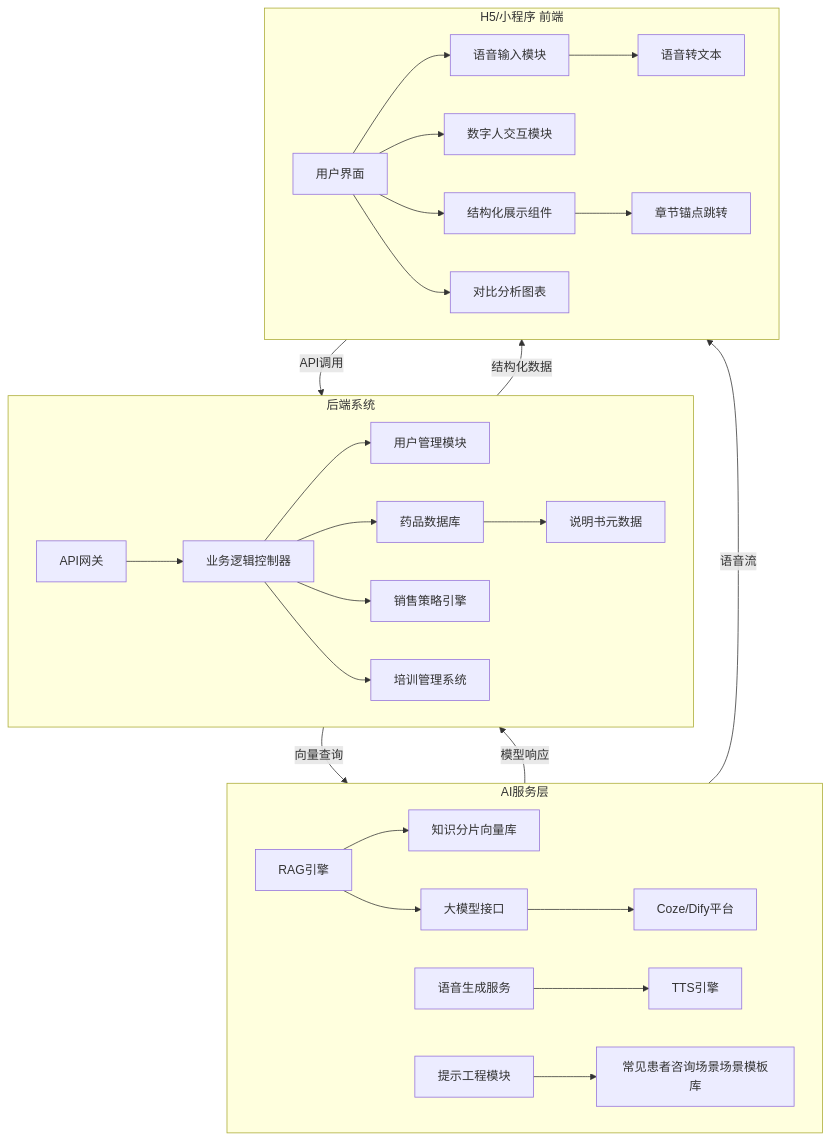
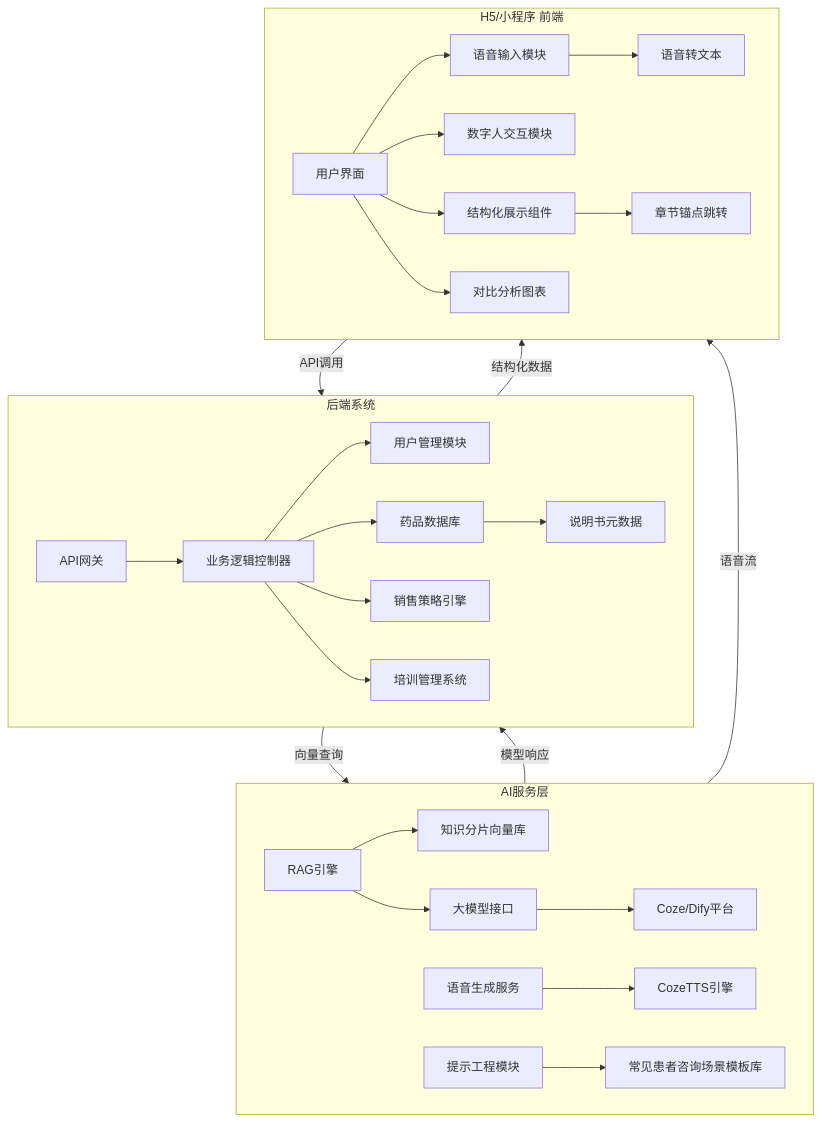
Before and after one commit to funnyData/iodraw-files: the diagram in all/结构图.md, drawn with Mermaid.

Commit message:
2025-02-19 20:34:44 update

````diff
--- a/all/结构图.md
+++ b/all/结构图.md
@@ -1,38 +1,38 @@
 ```mermaid
 %% 结构图
 graph TD
     subgraph AI[AI服务层]
         O[RAG引擎] --> P[知识分片向量库]
         O --> Q[大模型接口]
         Q --> R[Coze/Dify平台]
-        S[语音生成服务] --> T[TTS引擎]
-        U[提示工程模块] --> V[常见患者咨询场景场景模板库]
+        S[语音生成服务] --> T[CozeTTS引擎]
+        U[提示工程模块] --> V[常见患者咨询场景模板库]
     end
 
 
     subgraph Backend[后端系统]
         H[API网关] --> I[业务逻辑控制器]
         I --> J[用户管理模块]
         I --> K[药品数据库]
         I --> L[销售策略引擎]
         I --> M[培训管理系统]
         K --> N[说明书元数据]
     end
 
     subgraph Frontend[H5/小程序 前端]
         A[用户界面] --> B[语音输入模块]
         A --> C[数字人交互模块]
         A --> D[结构化展示组件]
         A --> E[对比分析图表]
         B --> F[语音转文本]
         D --> G[章节锚点跳转]
     end
 
 
 
     Frontend -->|API调用| Backend
     Backend -->|向量查询| AI
     AI -->|模型响应| Backend
     Backend -->|结构化数据| Frontend
     AI -->|语音流| Frontend
 ```
````
